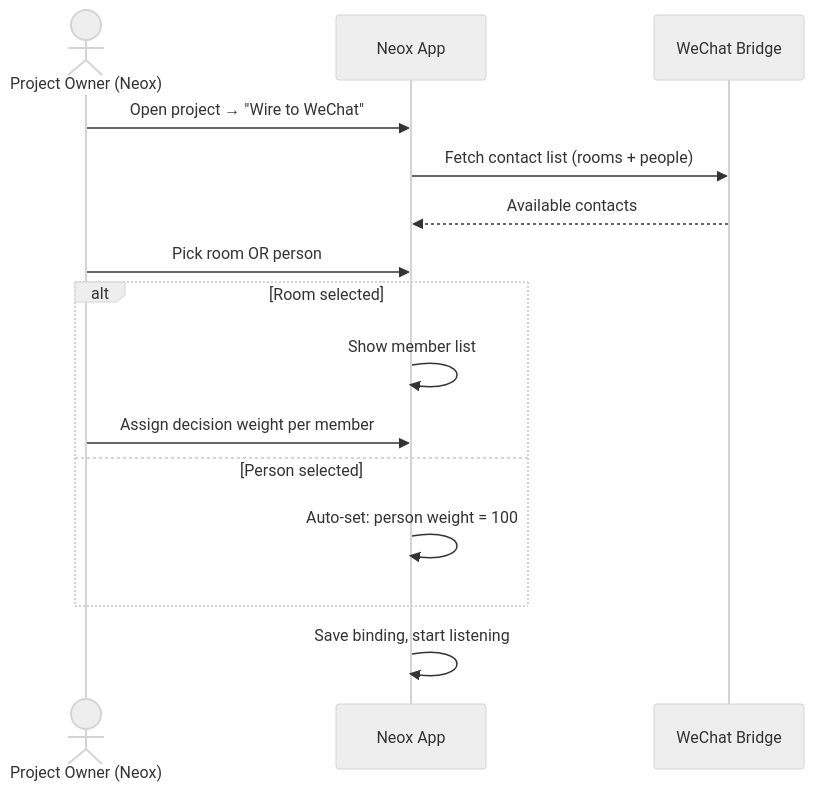
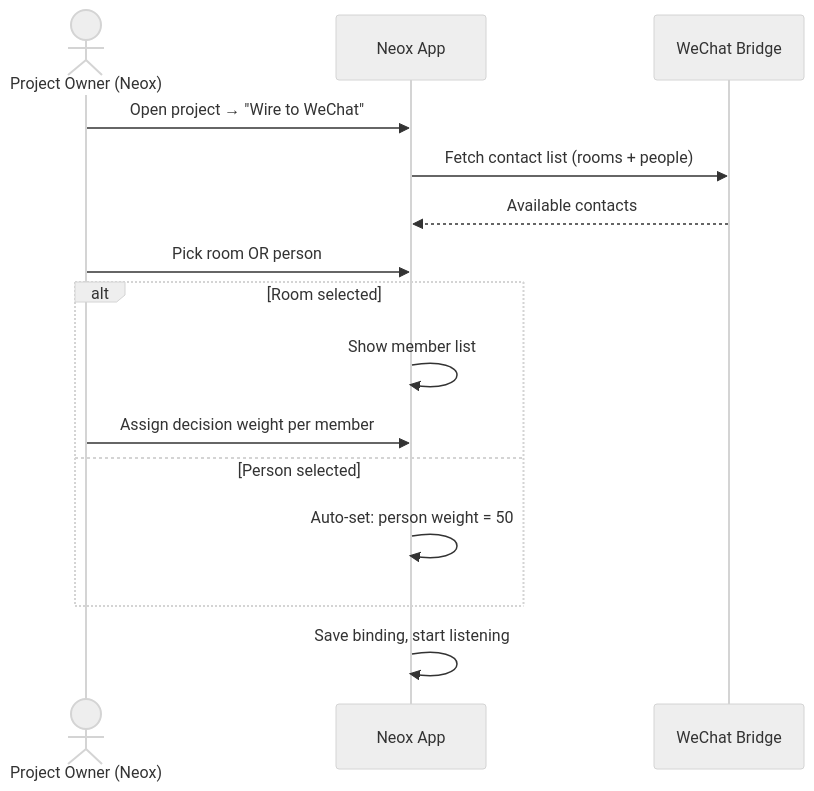
The first of 6 diagrams in docs/2026-04-10-wechat-bidirectional-design.md (lalalic/neox), drawn with Mermaid (neutral theme) before and after one commit. The commit also changed other lines of this file, not shown here.

Commit message:
docs: 1:1 default weight 50 (strong voice, owner keeps final say)

````diff
--- a/docs/2026-04-10-wechat-bidirectional-design.md
+++ b/docs/2026-04-10-wechat-bidirectional-design.md
@@ -30,18 +30,18 @@
 ```mermaid
 sequenceDiagram
     actor Owner as Project Owner (Neox)
     participant Neox as Neox App
     participant WC as WeChat Bridge
 
     Owner->>Neox: Open project → "Wire to WeChat"
     Neox->>WC: Fetch contact list (rooms + people)
     WC-->>Neox: Available contacts
     Owner->>Neox: Pick room OR person
     alt Room selected
         Neox->>Neox: Show member list
         Owner->>Neox: Assign decision weight per member
     else Person selected
-        Neox->>Neox: Auto-set: person weight = 100
+        Neox->>Neox: Auto-set: person weight = 50
     end
     Neox->>Neox: Save binding, start listening
 ```
````
